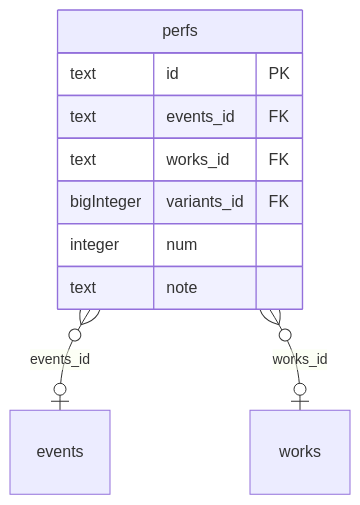
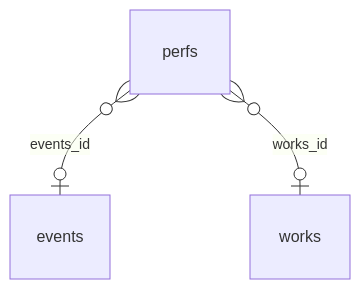
Before and after one commit to zlochevsky/shcherbakov: the first of 13 diagrams in docs/directus.md, drawn with Mermaid. The commit also changed other lines of this file and 1 other file, not shown here.

Commit message:
Directus docs: core diagram with three plain blocks

````diff
--- a/docs/directus.md
+++ b/docs/directus.md
@@ -27,13 +31,5 @@
 ```mermaid
 erDiagram
     perfs }o--o| events : "events_id"
     perfs }o--o| works : "works_id"
-    perfs {
-        text id PK
-        text events_id FK
-        text works_id FK
-        bigInteger variants_id FK
-        integer num
-        text note
-    }
 ```
````
